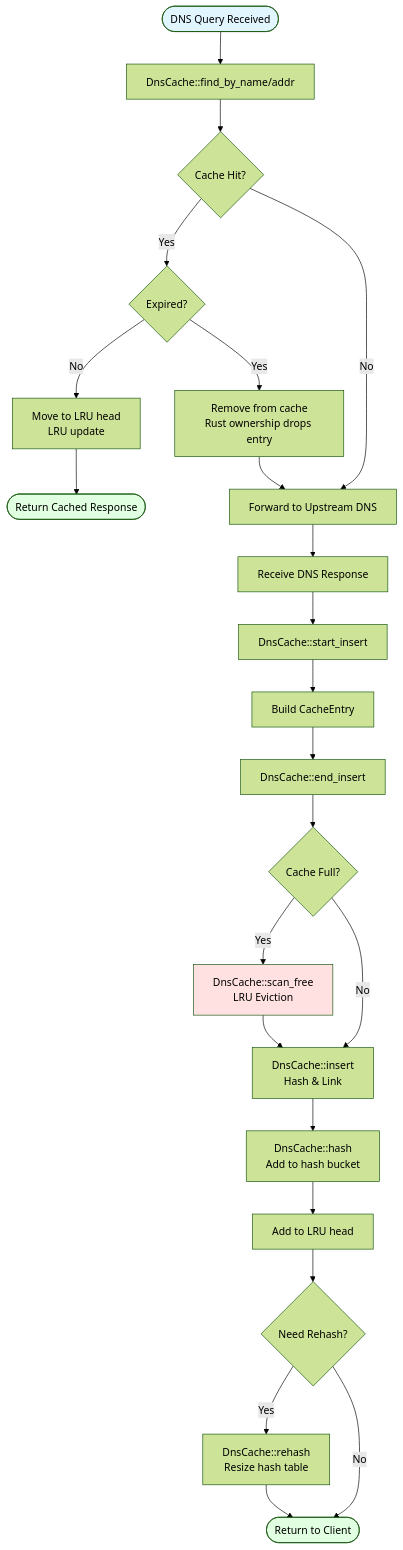
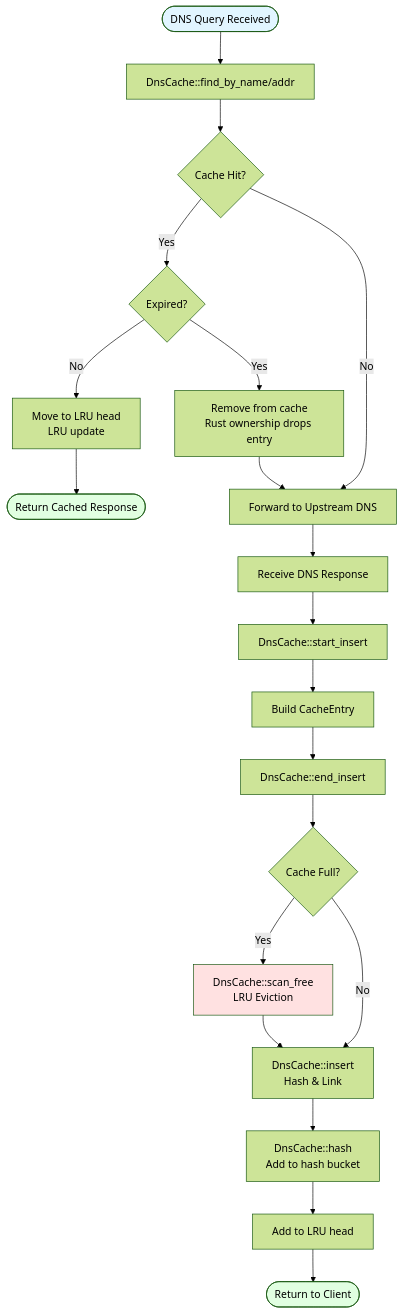
The second of 3 diagrams in docs/DNS_CACHING.md (blitzy-public-samples/blitzy-dnsmasq), drawn with Mermaid (forest theme) before and after one commit. The commit also changed other lines of this file and 7 other files, not shown here.

````diff
--- a/docs/DNS_CACHING.md
+++ b/docs/DNS_CACHING.md
@@ -202,35 +179,32 @@
 ```mermaid
 flowchart TD
     Start([DNS Query Received]) --> Lookup[DnsCache::find_by_name/addr]
     Lookup --> Found{Cache Hit?}
     
     Found -->|Yes| Expired{Expired?}
     Expired -->|No| MoveHead[Move to LRU head<br/>LRU update]
     MoveHead --> Return1([Return Cached Response])
     
     Expired -->|Yes| Remove[Remove from cache<br/>Rust ownership drops entry]
     Remove --> QueryUpstream
     
     Found -->|No| QueryUpstream[Forward to Upstream DNS]
     QueryUpstream --> GetResponse[Receive DNS Response]
     GetResponse --> StartInsert[DnsCache::start_insert]
     StartInsert --> BuildRecord[Build CacheEntry]
     BuildRecord --> EndInsert[DnsCache::end_insert]
     
     EndInsert --> CheckFull{Cache Full?}
     CheckFull -->|Yes| Evict[DnsCache::scan_free<br/>LRU Eviction]
     Evict --> Insert
     CheckFull -->|No| Insert[DnsCache::insert<br/>Hash & Link]
     
     Insert --> Hash[DnsCache::hash<br/>Add to hash bucket]
     Hash --> LinkHead[Add to LRU head]
-    LinkHead --> Rehash{Need Rehash?}
-    Rehash -->|Yes| Resize[DnsCache::rehash<br/>Resize hash table]
-    Resize --> Return2
-    Rehash -->|No| Return2([Return to Client])
+    LinkHead --> Return2([Return to Client])
     
     style Start fill:#e1f5ff
     style Return1 fill:#e1ffe1
     style Return2 fill:#e1ffe1
     style Evict fill:#ffe1e1
 ```
````
